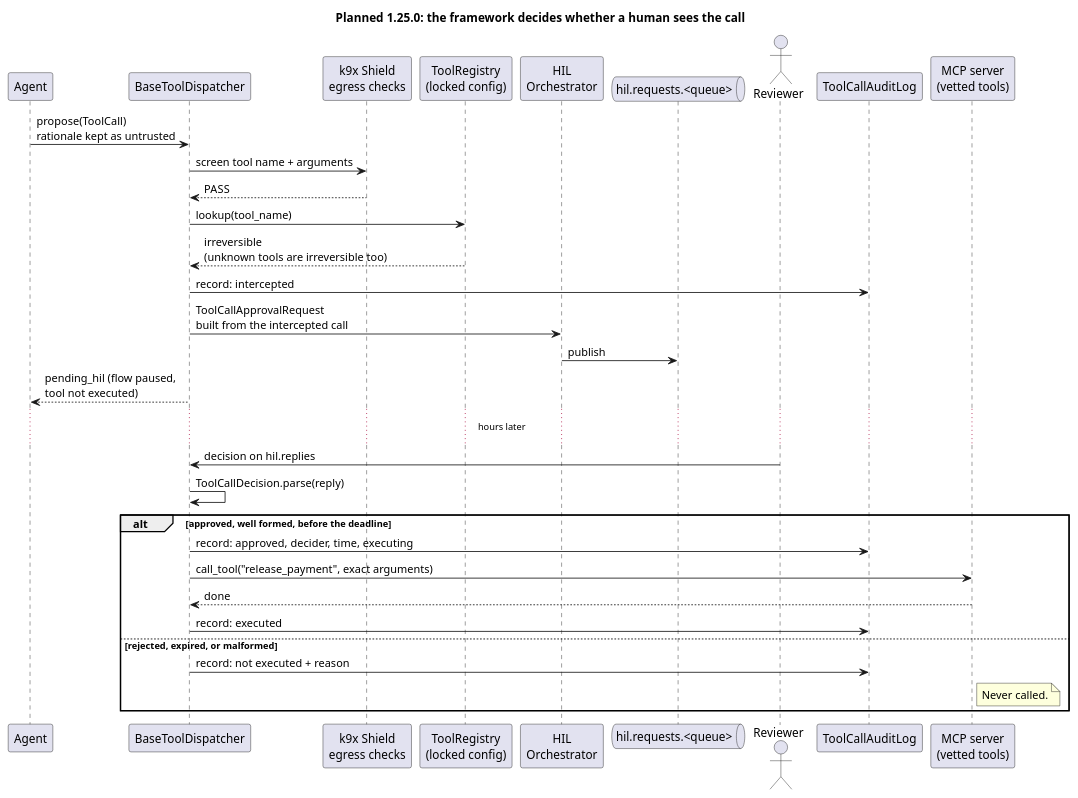
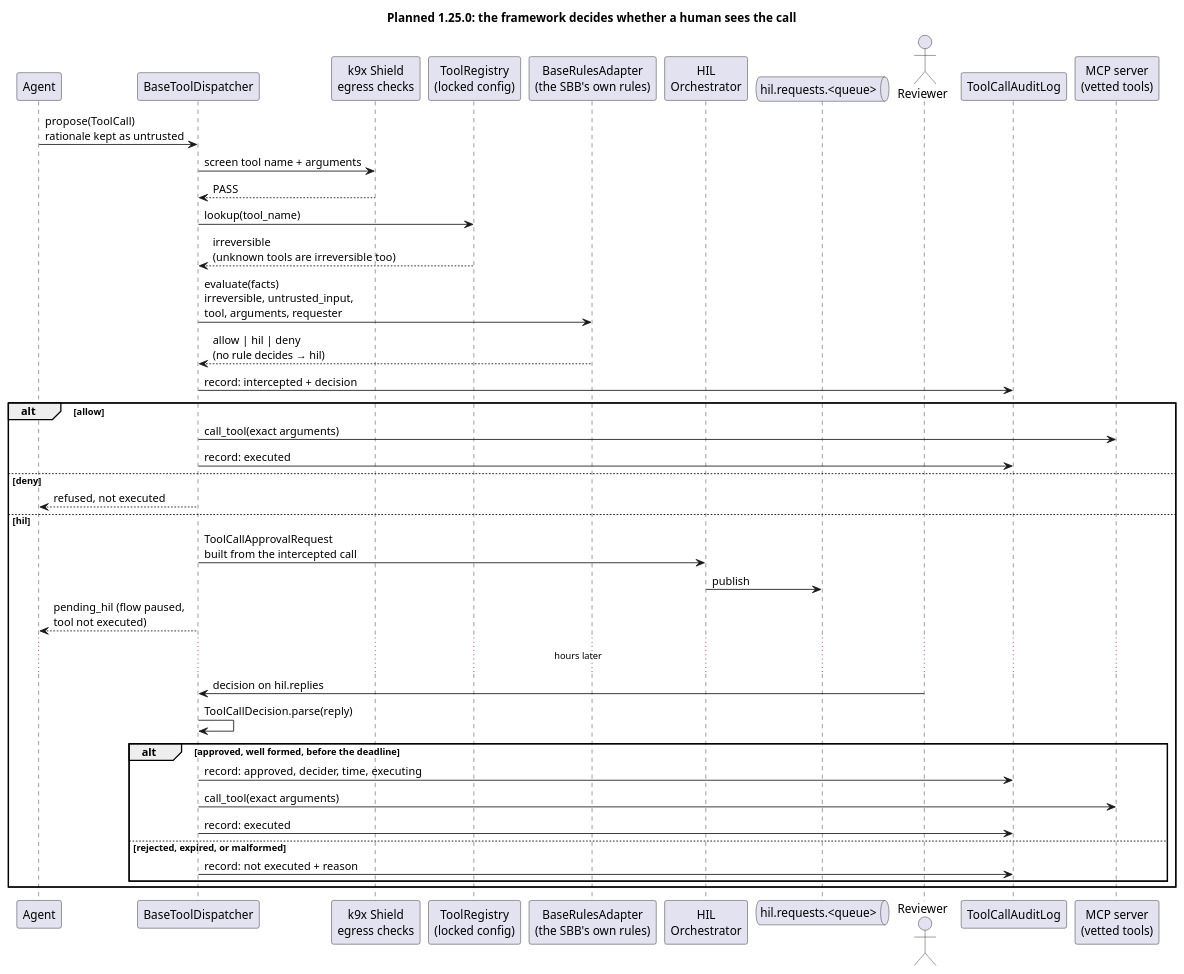
One commit to k9aif/k9-aif-blogs changed the diagram in assets/diagrams/hil-review-planned.puml. Above: the diagram before and after it, drawn with PlantUML. The commit also changed 2 other files, not shown here.

Commit message:
Blog draft: solution built on existing rules adapters and Zero Trust; three outcomes; scale

```diff
--- a/assets/diagrams/hil-review-planned.puml
+++ b/assets/diagrams/hil-review-planned.puml
@@ -1,40 +1,44 @@
 @startuml hil-review-planned
 title Planned 1.25.0: the framework decides whether a human sees the call
 
 participant "Agent" as A
 participant "BaseToolDispatcher" as D
 participant "k9x Shield\negress checks" as SE
 participant "ToolRegistry\n(locked config)" as R
+participant "BaseRulesAdapter\n(the SBB's own rules)" as RU
 participant "HIL\nOrchestrator" as H
 queue "hil.requests.<queue>" as Q
 actor "Reviewer" as V
 participant "ToolCallAuditLog" as AU
 participant "MCP server\n(vetted tools)" as T
 
 A -> D : propose(ToolCall)\nrationale kept as untrusted
 D -> SE : screen tool name + arguments
 SE --> D : PASS
 D -> R : lookup(tool_name)
 R --> D : irreversible\n(unknown tools are irreversible too)
-D -> AU : record: intercepted
-D -> H : ToolCallApprovalRequest\nbuilt from the intercepted call
-H -> Q : publish
-D --> A : pending_hil (flow paused,\ntool not executed)
+D -> RU : evaluate(facts)\nirreversible, untrusted_input,\ntool, arguments, requester
+RU --> D : allow | hil | deny\n(no rule decides → hil)
+D -> AU : record: intercepted + decision
 
-... hours later ...
-
-V -> D : decision on hil.replies
-D -> D : ToolCallDecision.parse(reply)
-
-alt approved, well formed, before the deadline
-  D -> AU : record: approved, decider, time, executing
-  D -> T : call_tool("release_payment", exact arguments)
-  T --> D : done
+alt allow
+  D -> T : call_tool(exact arguments)
   D -> AU : record: executed
-else rejected, expired, or malformed
-  D -> AU : record: not executed + reason
-  note right of T
-    Never called.
-  end note
+else deny
+  D --> A : refused, not executed
+else hil
+  D -> H : ToolCallApprovalRequest\nbuilt from the intercepted call
+  H -> Q : publish
+  D --> A : pending_hil (flow paused,\ntool not executed)
+  ... hours later ...
+  V -> D : decision on hil.replies
+  D -> D : ToolCallDecision.parse(reply)
+  alt approved, well formed, before the deadline
+    D -> AU : record: approved, decider, time, executing
+    D -> T : call_tool(exact arguments)
+    D -> AU : record: executed
+  else rejected, expired, or malformed
+    D -> AU : record: not executed + reason
+  end
 end
 @enduml
```
